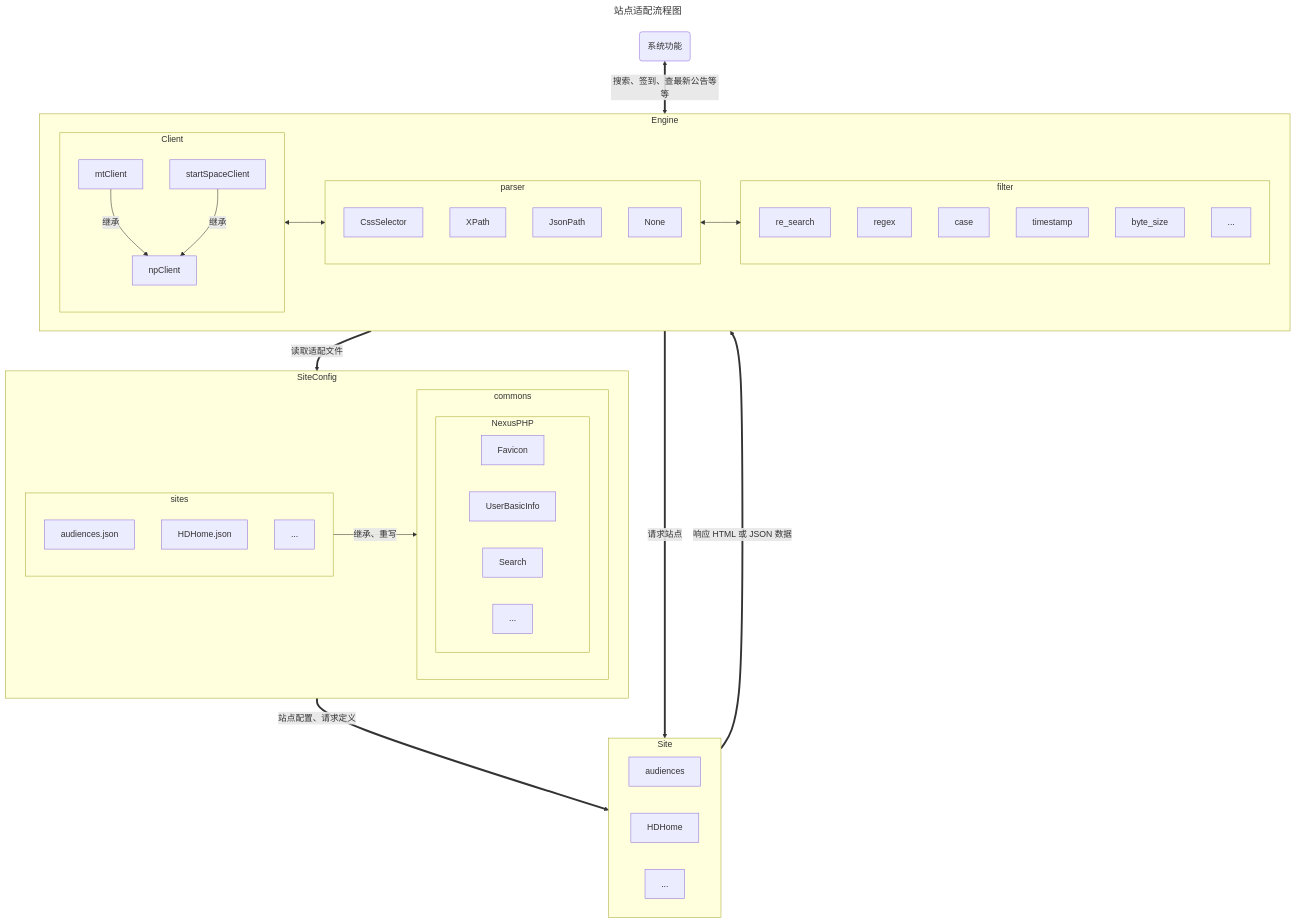
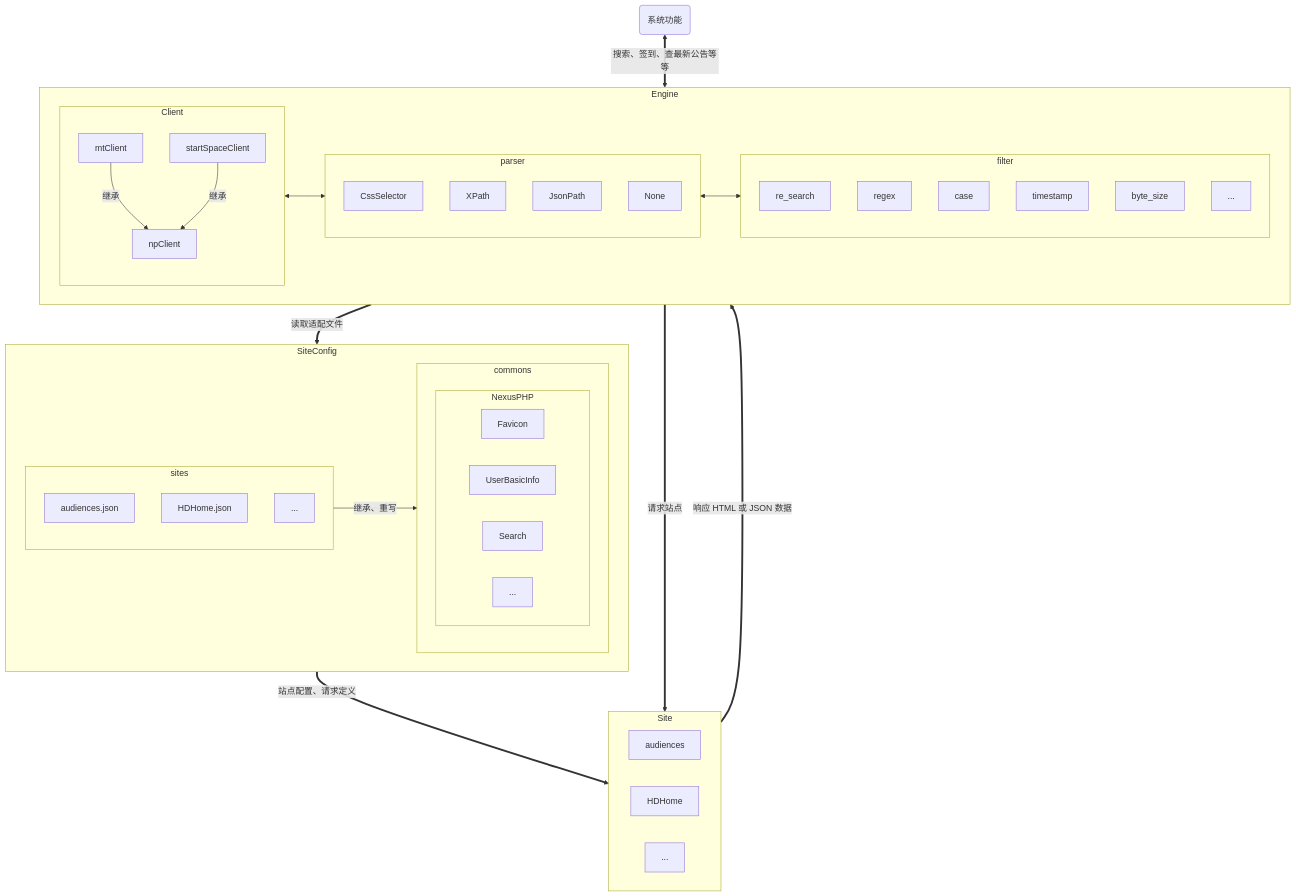
Before and after one commit to xylplm/media-saber-wiki: the diagram in docs/02.使用文档/02.站点管理/07.站点适配.md, drawn with Mermaid. The commit also changed other lines of this file, not shown here.

````diff
--- a/docs/02.使用文档/02.站点管理/07.站点适配.md
+++ b/docs/02.使用文档/02.站点管理/07.站点适配.md
@@ -38,53 +38,50 @@
 ```mermaid
----
-title: 站点适配流程图
----
 flowchart TB
     Business(系统功能) <== 搜索、签到、查最新公告等等 ==> Engine
     SiteConfig == 站点配置、请求定义 ==> Site
     Engine == 读取适配文件 ==> SiteConfig
     Engine == 请求站点 ==> Site
     Site == 响应 HTML 或 JSON 数据 ==> Engine
     subgraph SiteConfig
         subgraph commons
             subgraph NexusPHP
                 Favicon
                 UserBasicInfo
                 Search
                 other_rd[...]
             end
         end
         subgraph sites
             audiences.json
             HDHome.json
             other.json[...]
         end
         sites -- 继承、重写 --> commons
     end
     subgraph Site
         audiences
         HDHome
         site_other[...]
     end
     subgraph Engine
         direction LR
         subgraph Client
             mtClient & startSpaceClient -- 继承 --> npClient
         end
         subgraph parser
             CssSelector
             XPath
             JsonPath
             None
         end
         subgraph filter
             re_search
             regex
             case
             timestamp
             byte_size
             ...
         end
         Client <--> parser <--> filter
     end
 ```
````
